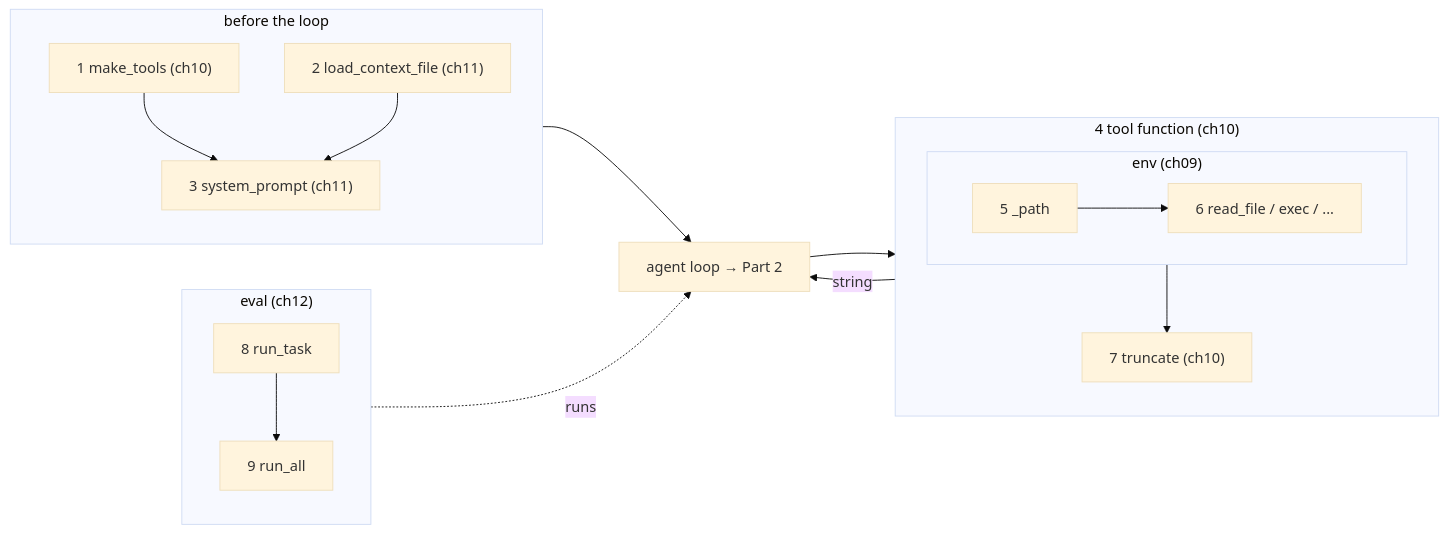
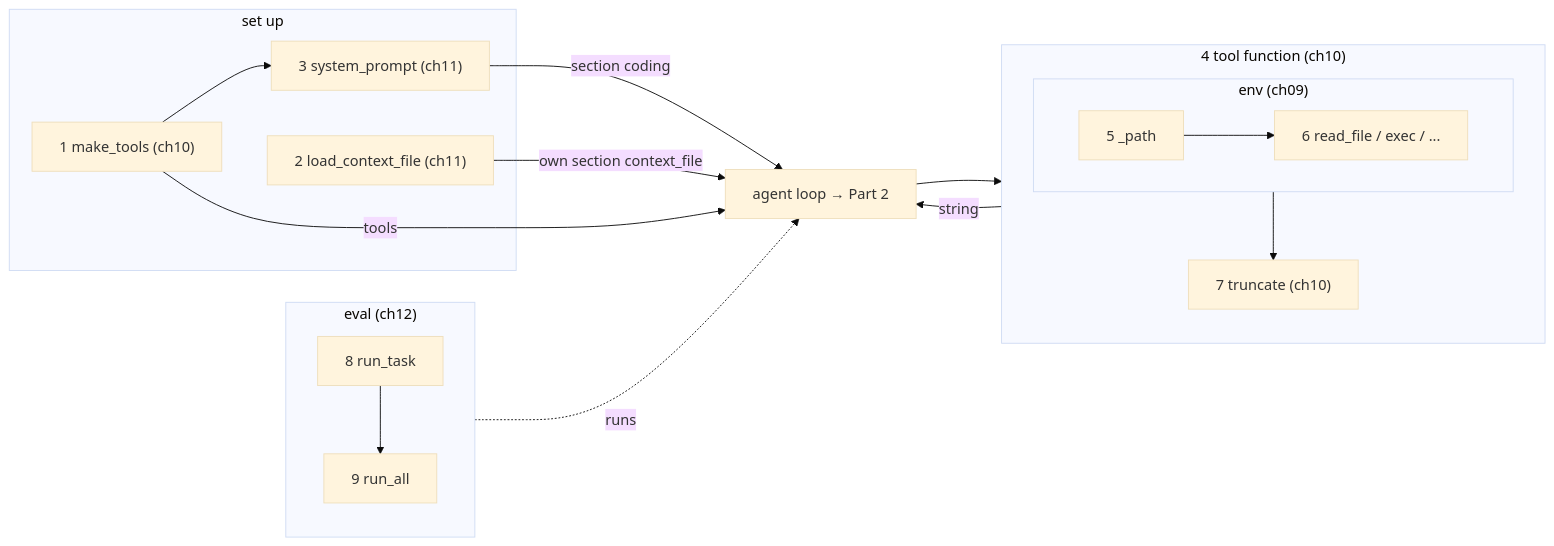
One commit to danhugo/simp-agent changed the diagram in docs/guidebook/part-3-coding.md. Above: the diagram before and after it, drawn with Mermaid (base theme). The commit also changed other lines of this file and 5 other files, not shown here.

````diff
--- a/docs/guidebook/part-3-coding.md
+++ b/docs/guidebook/part-3-coding.md
@@ -36,20 +36,22 @@
 ```mermaid
 flowchart LR
-    subgraph Setup["before the loop"]
+    subgraph Setup["set up"]
         M["1 make_tools (ch10)"] --> P["3 system_prompt (ch11)"]
-        L["2 load_context_file (ch11)"] --> P
+        L["2 load_context_file (ch11)"]
     end
-    Setup --> Loop["agent loop → Part 2"]
+    P -- "section coding" --> Loop["agent loop → Part 2"]
+    L -- "own section context_file" --> Loop
+    M -- tools --> Loop
     Loop --> T
     subgraph T["4 tool function (ch10)"]
         subgraph E["env (ch09)"]
             C["5 _path"] --> X["6 read_file / exec / ..."]
         end
         E --> K["7 truncate (ch10)"]
     end
     T -- string --> Loop
     subgraph Ev["eval (ch12)"]
         R["8 run_task"] --> A["9 run_all"]
     end
     Ev -. runs .-> Loop
 ```
````
